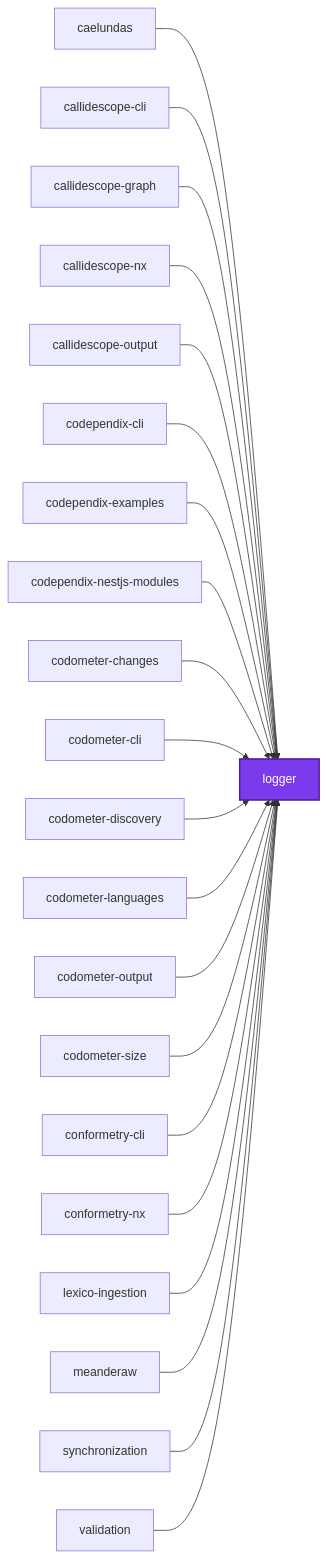
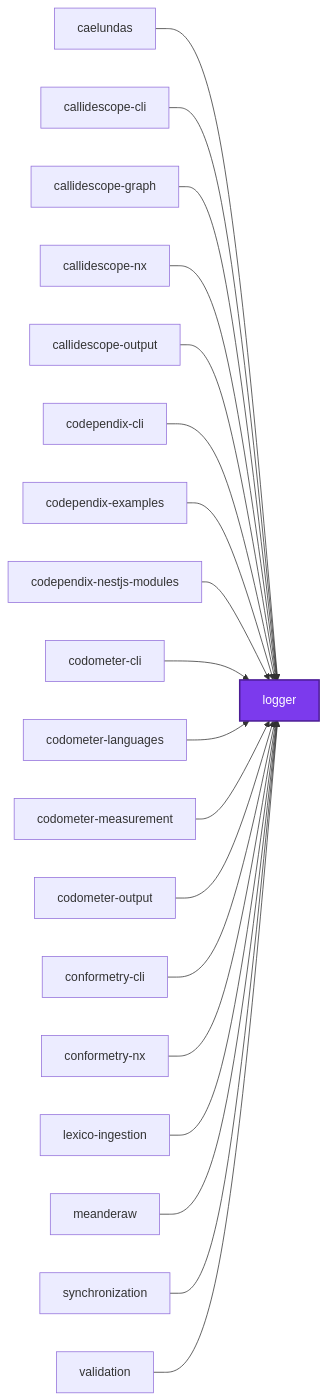
One commit to JimmyPaolini/codebase changed the first of 3 diagrams in packages/logger/README.md. Above: the diagram before and after it, drawn with Mermaid. The commit also changed 248 other files, not shown here.

````diff
--- a/packages/logger/README.md
+++ b/packages/logger/README.md
@@ -136,46 +136,42 @@
 ```mermaid
 graph LR
   caelundas["caelundas"]
   callidescope_cli["callidescope-cli"]
   callidescope_graph["callidescope-graph"]
   callidescope_nx["callidescope-nx"]
   callidescope_output["callidescope-output"]
   codependix_cli["codependix-cli"]
   codependix_examples["codependix-examples"]
   codependix_nestjs_modules["codependix-nestjs-modules"]
-  codometer_changes["codometer-changes"]
   codometer_cli["codometer-cli"]
-  codometer_discovery["codometer-discovery"]
   codometer_languages["codometer-languages"]
+  codometer_measurement["codometer-measurement"]
   codometer_output["codometer-output"]
-  codometer_size["codometer-size"]
   conformetry_cli["conformetry-cli"]
   conformetry_nx["conformetry-nx"]
   lexico_ingestion["lexico-ingestion"]
   logger["logger"]
   meanderaw["meanderaw"]
   synchronization["synchronization"]
   validation["validation"]
   caelundas --> logger
   callidescope_cli --> logger
   callidescope_graph --> logger
   callidescope_nx --> logger
   callidescope_output --> logger
   codependix_cli --> logger
   codependix_examples --> logger
   codependix_nestjs_modules --> logger
-  codometer_changes --> logger
   codometer_cli --> logger
-  codometer_discovery --> logger
   codometer_languages --> logger
+  codometer_measurement --> logger
   codometer_output --> logger
-  codometer_size --> logger
   conformetry_cli --> logger
   conformetry_nx --> logger
   lexico_ingestion --> logger
   meanderaw --> logger
   synchronization --> logger
   validation --> logger
   classDef subject fill:#7c3aed,color:#fff,stroke:#4c1d95,stroke-width:2px
   class logger subject
 ```
````
